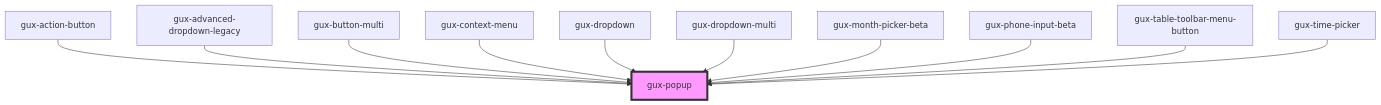
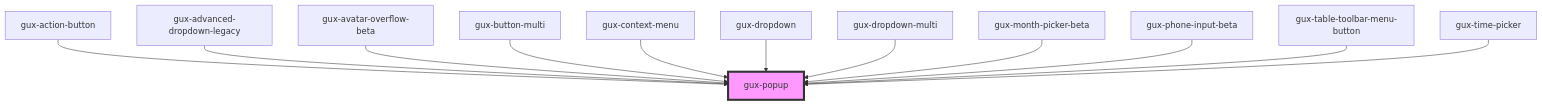
The diagram in packages/genesys-spark-components/src/components/stable/gux-popup/readme.md (MyPureCloud/genesys-spark), drawn with Mermaid before and after one commit. The commit also changed other lines of this file and 10 other files, not shown here.

````diff
--- a/packages/genesys-spark-components/src/components/stable/gux-popup/readme.md
+++ b/packages/genesys-spark-components/src/components/stable/gux-popup/readme.md
@@ -51,14 +52,15 @@
 ```mermaid
 graph TD;
   gux-action-button --> gux-popup
   gux-advanced-dropdown-legacy --> gux-popup
+  gux-avatar-overflow-beta --> gux-popup
   gux-button-multi --> gux-popup
   gux-context-menu --> gux-popup
   gux-dropdown --> gux-popup
   gux-dropdown-multi --> gux-popup
   gux-month-picker-beta --> gux-popup
   gux-phone-input-beta --> gux-popup
   gux-table-toolbar-menu-button --> gux-popup
   gux-time-picker --> gux-popup
   style gux-popup fill:#f9f,stroke:#333,stroke-width:4px
 ```
````
